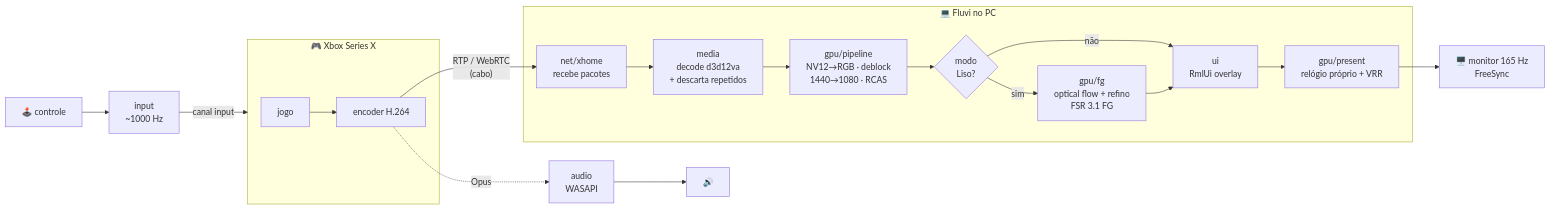
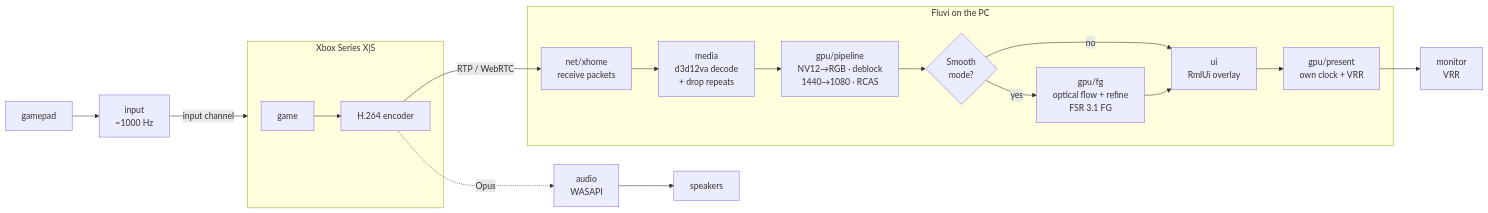
The diagram in README.md (bps2414/fluvi), drawn with Mermaid before and after one commit. The commit also changed other lines of this file and 2 other files, not shown here.

````diff
--- a/README.md
+++ b/README.md
@@ -56,21 +55,21 @@
 ```mermaid
 flowchart LR
-    subgraph XBOX["🎮 Xbox Series X"]
-        G[jogo] --> E[encoder H.264]
+    subgraph XBOX["Xbox Series X|S"]
+        G[game] --> E[H.264 encoder]
     end
-    E -- "RTP / WebRTC<br>(cabo)" --> N
+    E -- "RTP / WebRTC" --> N
 
-    subgraph PC["💻 Fluvi no PC"]
-        N["net/xhome<br>recebe pacotes"] --> M["media<br>decode d3d12va<br>+ descarta repetidos"]
+    subgraph PC["Fluvi on the PC"]
+        N["net/xhome<br>receive packets"] --> M["media<br>d3d12va decode<br>+ drop repeats"]
         M --> P["gpu/pipeline<br>NV12→RGB · deblock<br>1440→1080 · RCAS"]
-        P --> F{"modo<br>Liso?"}
-        F -- sim --> FG["gpu/fg<br>optical flow + refino<br>FSR 3.1 FG"]
-        F -- não --> U
+        P --> F{"Smooth<br>mode?"}
+        F -- yes --> FG["gpu/fg<br>optical flow + refine<br>FSR 3.1 FG"]
+        F -- no --> U
         FG --> U["ui<br>RmlUi overlay"]
-        U --> S["gpu/present<br>relógio próprio + VRR"]
+        U --> S["gpu/present<br>own clock + VRR"]
     end
-    S --> MON["🖥️ monitor 165 Hz<br>FreeSync"]
+    S --> MON["monitor<br>VRR"]
 
-    PAD["🕹️ controle"] --> I["input<br>~1000 Hz"] -- "canal input" --> XBOX
-    E -. "Opus" .-> A["audio<br>WASAPI"] --> SP["🔊"]
+    PAD["gamepad"] --> I["input<br>~1000 Hz"] -- "input channel" --> XBOX
+    E -. "Opus" .-> A["audio<br>WASAPI"] --> SP["speakers"]
 ```
````
